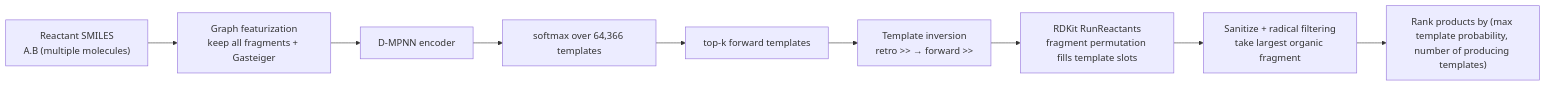
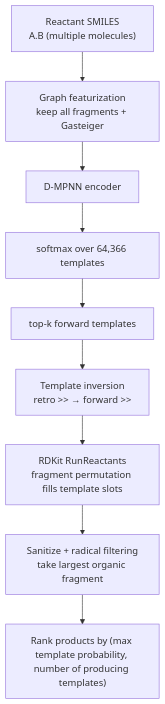
Before and after one commit to zbc0315/synomega: the diagram in docs/research/forward.en.md, drawn with Mermaid. The commit also changed 5 other files, not shown here.

Commit message:
docs: make forward/retro/plausibility architecture diagrams vertical (LR -> TD)

````diff
--- a/docs/research/forward.en.md
+++ b/docs/research/forward.en.md
@@ -13,11 +13,11 @@
 ```mermaid
-flowchart LR
+flowchart TD
     R["Reactant SMILES<br/>A.B (multiple molecules)"] --> G["Graph featurization<br/>keep all fragments + Gasteiger"]
     G --> M["D-MPNN encoder"]
     M --> S["softmax over 64,366 templates"]
     S --> T["top-k forward templates"]
     T --> INV["Template inversion<br/>retro >> → forward >>"]
     INV --> A["RDKit RunReactants<br/>fragment permutation fills template slots"]
     A --> F["Sanitize + radical filtering<br/>take largest organic fragment"]
     F --> D["Rank products by (max template probability, number of producing templates)"]
 ```
````
